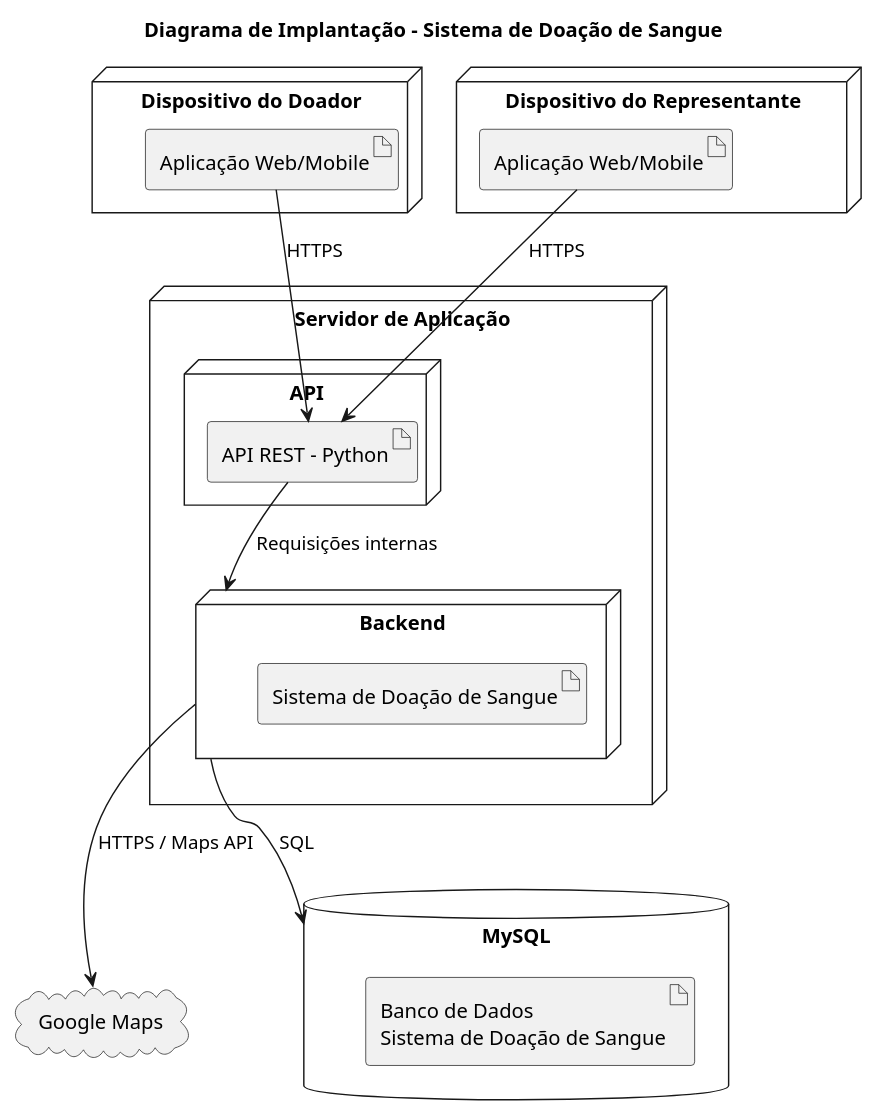
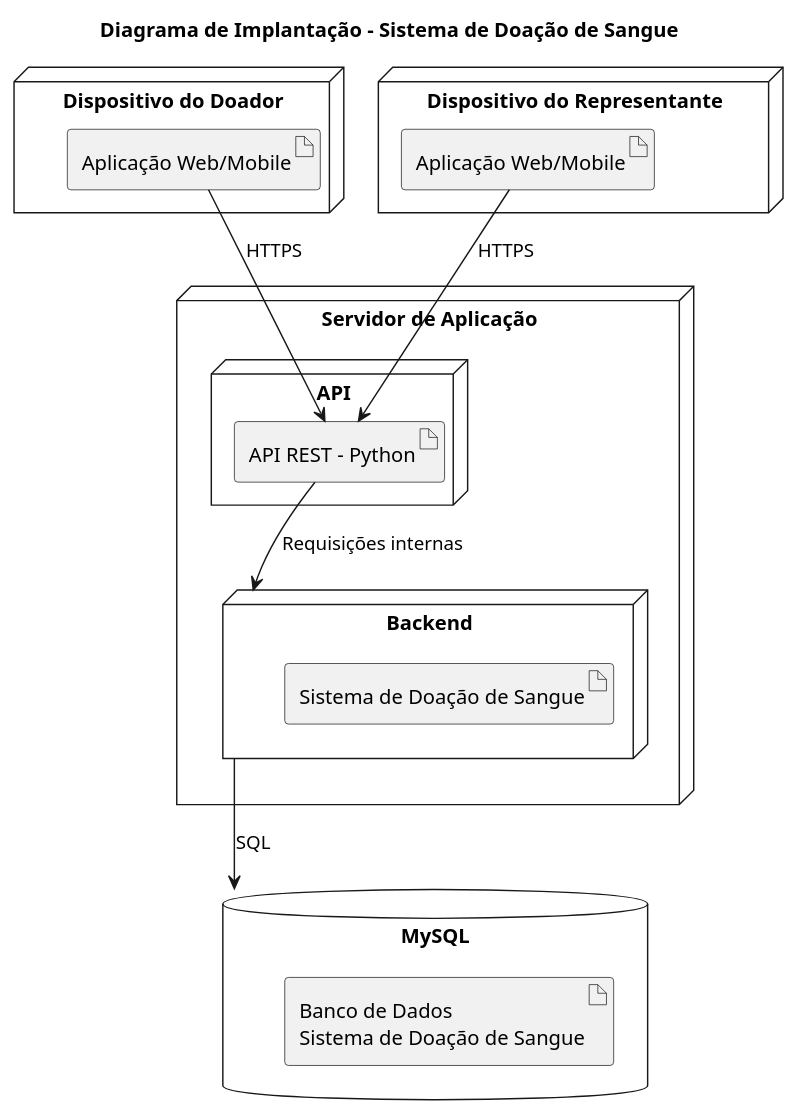
Before and after one commit to Derickin06/Projeto_doacao_de_sangue: the diagram in Diagrama_implantacao.md, drawn with PlantUML. The commit also changed 16 other files, not shown here.

```diff
--- a/Diagrama_implantacao.md
+++ b/Diagrama_implantacao.md
@@ -1,63 +1,54 @@
 @startuml
 
 title Diagrama de Implantação - Sistema de Doação de Sangue
 
 ' =========================
 ' DISPOSITIVOS DOS USUÁRIOS
 ' =========================
 
 node "Dispositivo do Doador" as DoadorDevice {
     artifact "Aplicação Web/Mobile" as DoadorApp
 }
 
 node "Dispositivo do Representante" as RepresentanteDevice {
     artifact "Aplicação Web/Mobile" as RepresentanteApp
 }
 
 
 ' =========================
 ' SERVIDOR DE APLICAÇÃO
 ' =========================
 
 node "Servidor de Aplicação" as AppServer {
 
     node "Backend" as Backend {
         artifact "Sistema de Doação de Sangue" as SistemaPython
     }
 
     node "API" as API {
         artifact "API REST - Python" as APIREST
     }
 }
 
 
 ' =========================
 ' BANCO DE DADOS
 ' =========================
 
 database "MySQL" as MySQL {
     artifact "Banco de Dados\nSistema de Doação de Sangue" as Database
 }
 
 
 ' =========================
-' SERVIÇO EXTERNO
-' =========================
-
-cloud "Google Maps" as GoogleMaps
-
-
-' =========================
 ' CONEXÕES
 ' =========================
 
 DoadorApp --> APIREST : HTTPS
 RepresentanteApp --> APIREST : HTTPS
 
 APIREST --> Backend : Requisições internas
 
 Backend --> MySQL : SQL
 
-Backend --> GoogleMaps : HTTPS / Maps API
-
 @enduml
```
